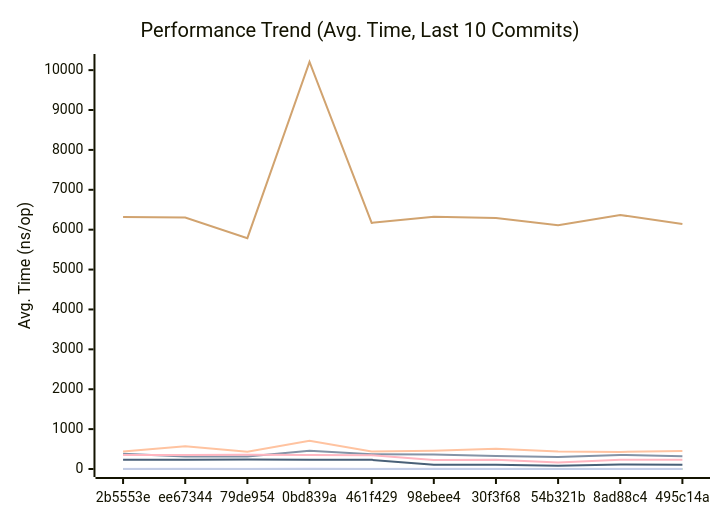
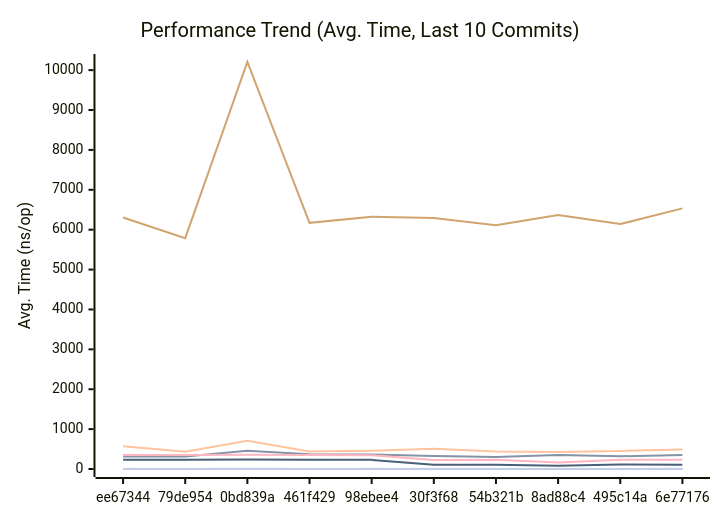
Before and after one commit to alsotoes/momo: the first of 3 diagrams in docs/PERFORMANCE.md, drawn with Mermaid. The commit also changed other lines of this file and 3 other files, not shown here.

````diff
--- a/docs/PERFORMANCE.md
+++ b/docs/PERFORMANCE.md
@@ -120,16 +120,16 @@
 ```mermaid
 xychart-beta
     title "Performance Trend (Avg. Time, Last 10 Commits)"
     x-axis "Commit"
     y-axis "Avg. Time (ns/op)"
-    x-axis [2b5553e,ee67344,79de954,0bd839a,461f429,98ebee4,30f3f68,54b321b,8ad88c4,495c14a]
-    line "CheckMetricsAndSwap" [8,10,8,18,9,10,8,9,9,8]
-    line "CrushOptimized" [382,312,314,456,371,361,325,299,354,319]
-    line "CrushOriginal" [439,573,431,705,437,457,505,436,427,453]
+    x-axis [ee67344,79de954,0bd839a,461f429,98ebee4,30f3f68,54b321b,8ad88c4,495c14a,6e77176]
+    line "CheckMetricsAndSwap" [10,8,18,9,10,8,9,9,8,10]
+    line "CrushOptimized" [312,314,456,371,361,325,299,354,319,351]
+    line "CrushOriginal" [573,431,705,437,457,505,436,427,453,491]
     line "IndexDirectTracking" [0,0,0,0,0,0,0,0,0,0]
     line "IndexSearch" [3,3,3,3,3,3,3,3,3,3]
-    line "LoadGlobalConfig" [6321,6306,5787,10204,6171,6327,6294,6114,6368,6141]
-    line "PadString" [2,2,2,2,2,2,3,2,2,2]
+    line "LoadGlobalConfig" [6306,5787,10204,6171,6327,6294,6114,6368,6141,6534]
+    line "PadString" [2,2,2,2,2,3,2,2,2,2]
     line "ParseReplicationOrder_NoPrealloc" [350,349,357,354,345,225,229,165,232,234]
     line "ParseReplicationOrder_Prealloc" [229,231,237,234,229,108,107,80,110,109]
 ```
````
